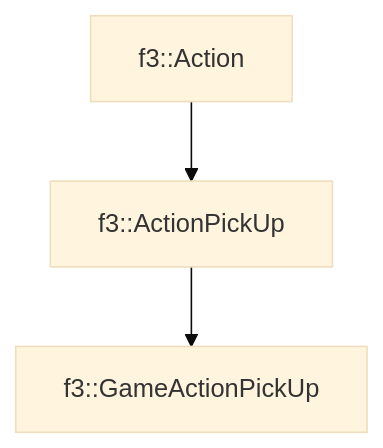
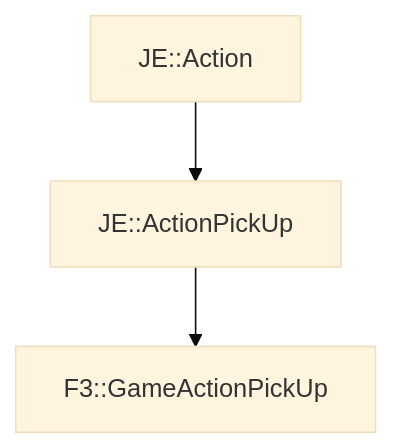
Before and after one commit to OpenJE/openvb: the diagram in docs/f3/GameActionPickUp.md, drawn with Mermaid (base theme). The commit also changed other lines of this file and 1399 other files, not shown here.

````diff
--- a/docs/f3/GameActionPickUp.md
+++ b/docs/f3/GameActionPickUp.md
@@ -17,5 +17,5 @@
 ```mermaid
 graph TD;
-    f3::Action --> f3::ActionPickUp
-    f3::ActionPickUp --> f3::GameActionPickUp
+    JE::Action --> JE::ActionPickUp
+    JE::ActionPickUp --> F3::GameActionPickUp
 ```
````
